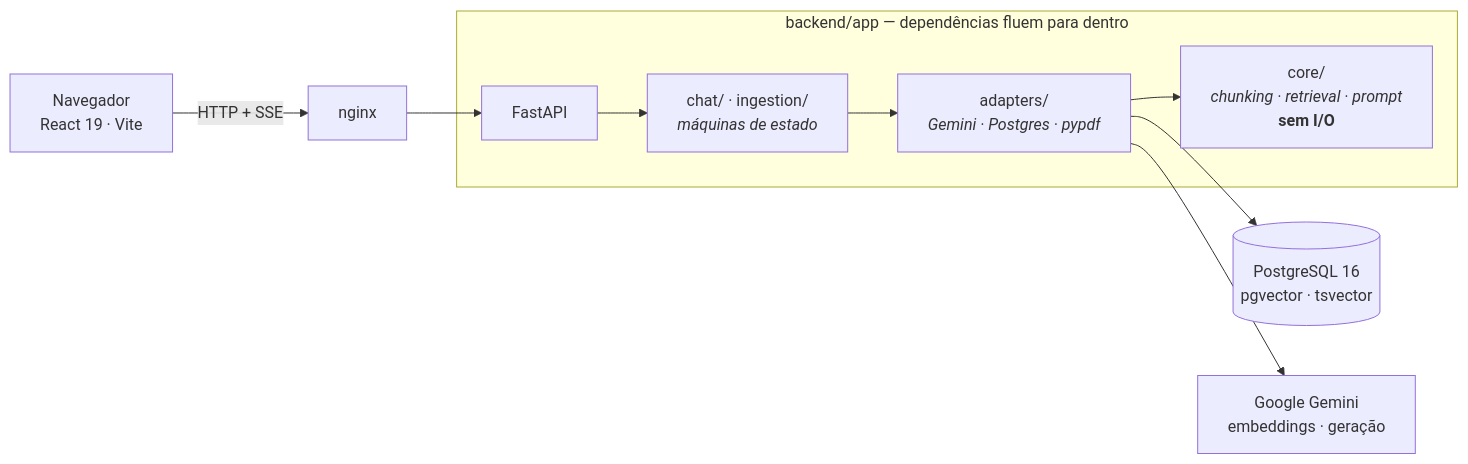
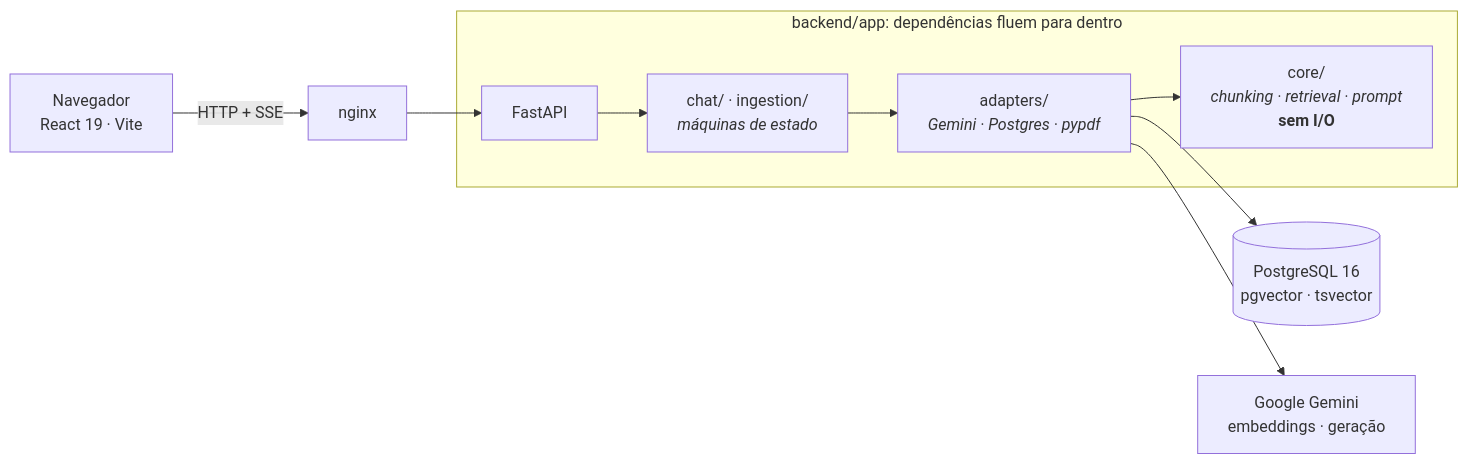
One commit to gabriel-ngrs/pdf-chat-rag changed the first of 2 diagrams in README.md. Above: the diagram before and after it, drawn with Mermaid. The commit also changed other lines of this file, not shown here.

````diff
--- a/README.md
+++ b/README.md
@@ -183,14 +183,14 @@
 ```mermaid
 flowchart LR
     B["Navegador<br/>React 19 · Vite"] -->|HTTP + SSE| N["nginx"]
     N --> A["FastAPI"]
 
-    subgraph backend ["backend/app — dependências fluem para dentro"]
+    subgraph backend ["backend/app: dependências fluem para dentro"]
         A --> CH["chat/ · ingestion/<br/><i>máquinas de estado</i>"]
         CH --> AD["adapters/<br/><i>Gemini · Postgres · pypdf</i>"]
         AD --> CO["core/<br/><i>chunking · retrieval · prompt</i><br/><b>sem I/O</b>"]
     end
 
     AD --> PG[("PostgreSQL 16<br/>pgvector · tsvector")]
     AD --> G["Google Gemini<br/>embeddings · geração"]
 ```
````
